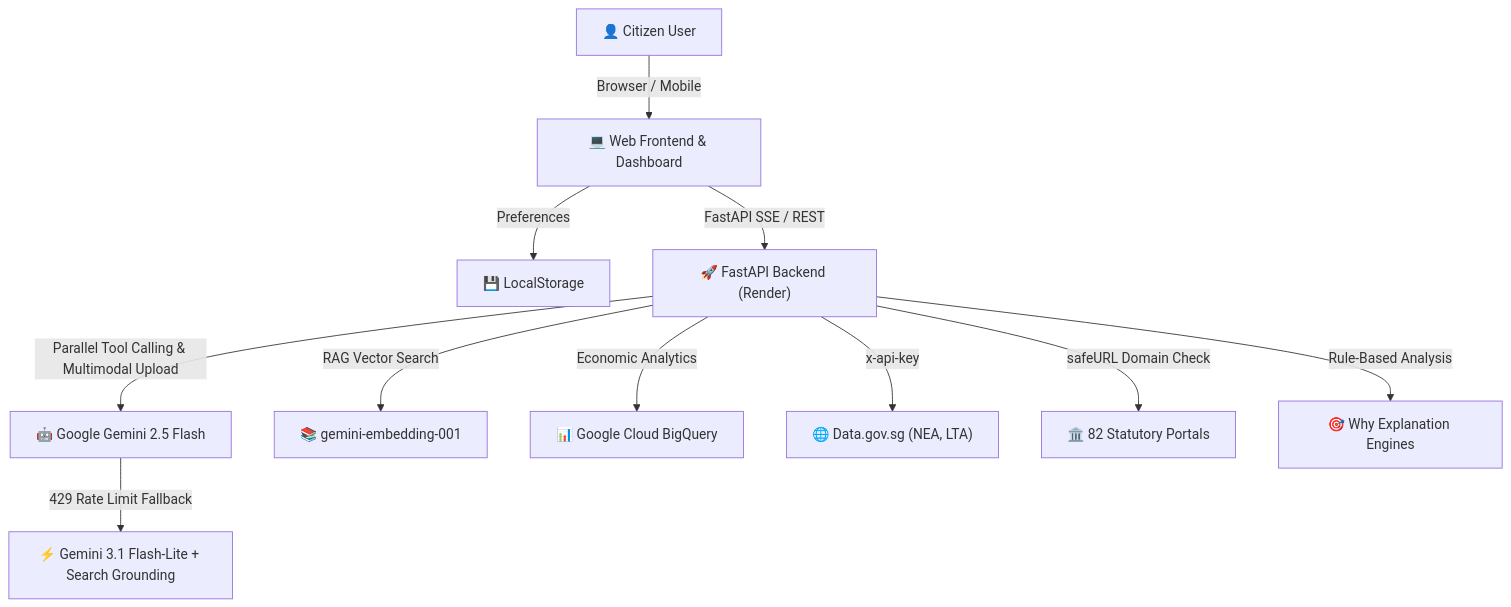
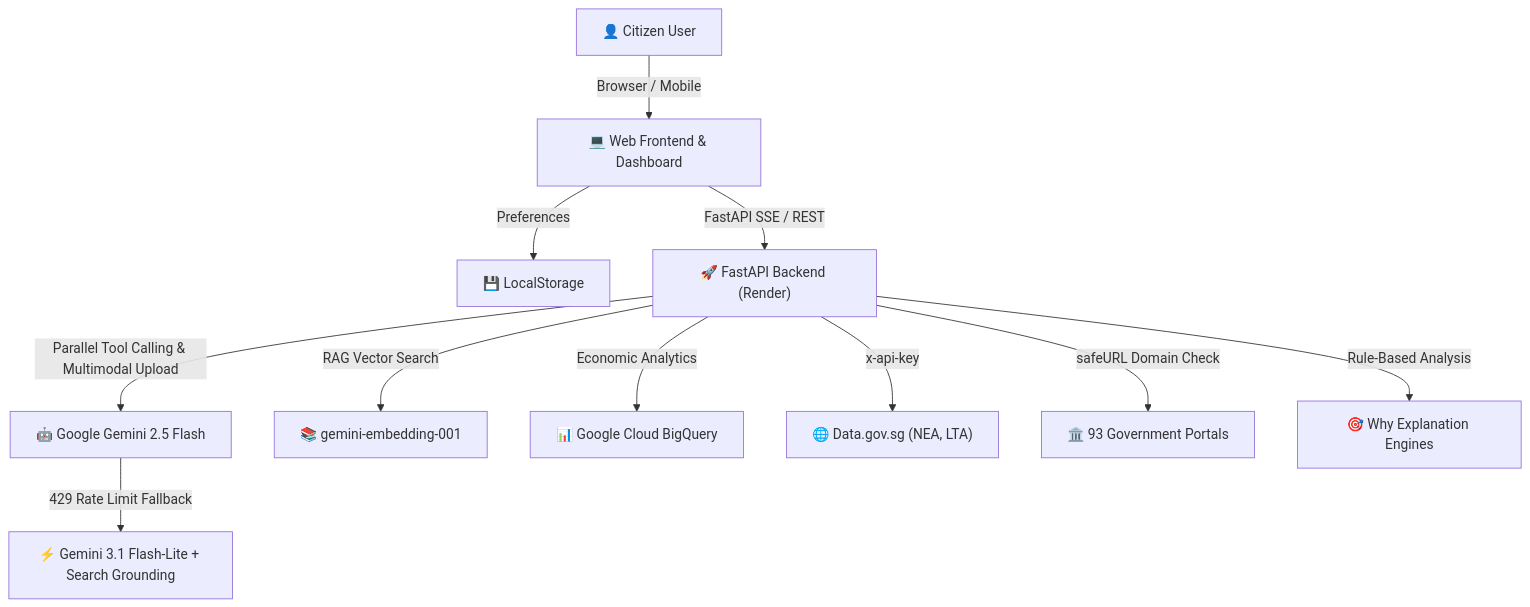
Before and after one commit to leshweyeewin/merlion-os: the first of 3 diagrams in README.md, drawn with Mermaid. The commit also changed other lines of this file and 17 other files, not shown here.

````diff
--- a/README.md
+++ b/README.md
@@ -33,15 +33,15 @@
 ```mermaid
 flowchart TD
     User["👤 Citizen User"] -->|Browser / Mobile| FE["💻 Web Frontend & Dashboard"]
     FE -->|Preferences| LocalStorage["💾 LocalStorage"]
     FE -->|FastAPI SSE / REST| API["🚀 FastAPI Backend (Render)"]
 
     API -->|Parallel Tool Calling & Multimodal Upload| Gemini["🤖 Google Gemini 2.5 Flash"]
     API -->|RAG Vector Search| Embed["📚 gemini-embedding-001"]
     Gemini -->|429 Rate Limit Fallback| FlashLite["⚡ Gemini 3.1 Flash-Lite + Search Grounding"]
 
     API -->|Economic Analytics| BQ["📊 Google Cloud BigQuery"]
     API -->|x-api-key| DataGov["🌐 Data.gov.sg (NEA, LTA)"]
-    API -->|safeURL Domain Check| GovPortals["🏛️ 82 Statutory Portals"]
+    API -->|safeURL Domain Check| GovPortals["🏛️ 93 Government Portals"]
     API -->|Rule-Based Analysis| WhyEngines["🎯 Why Explanation Engines"]
 ```
````
